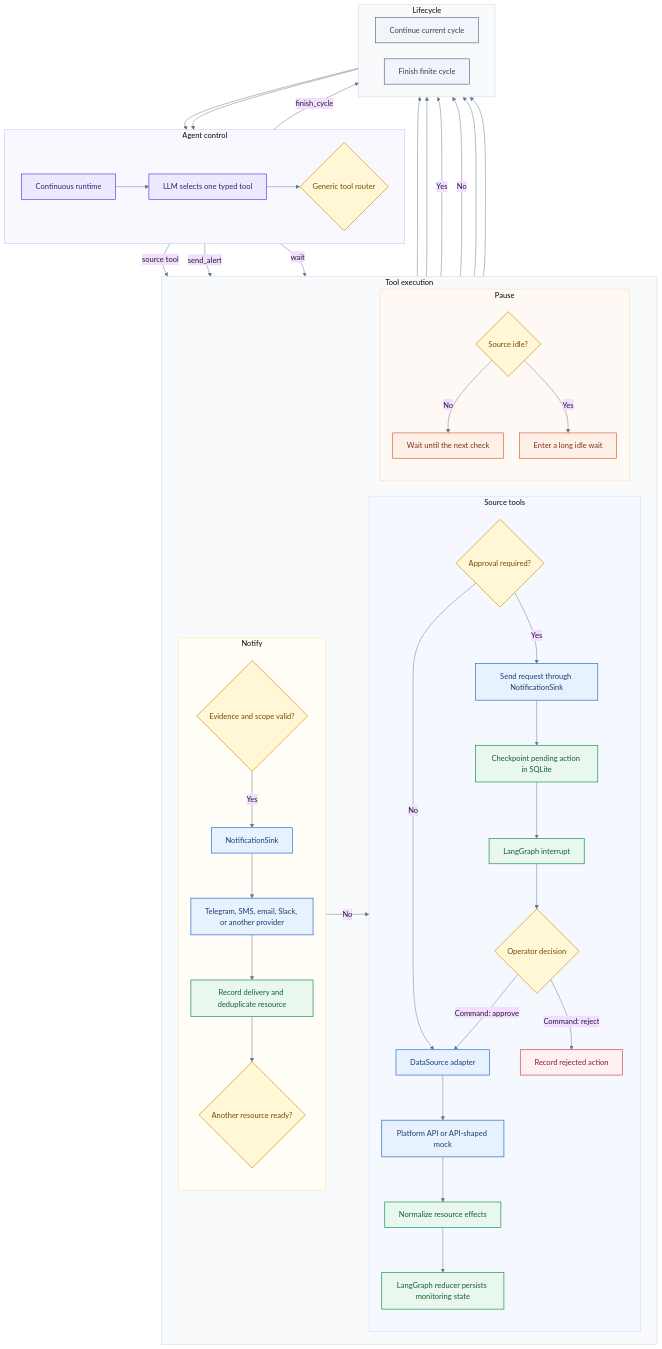
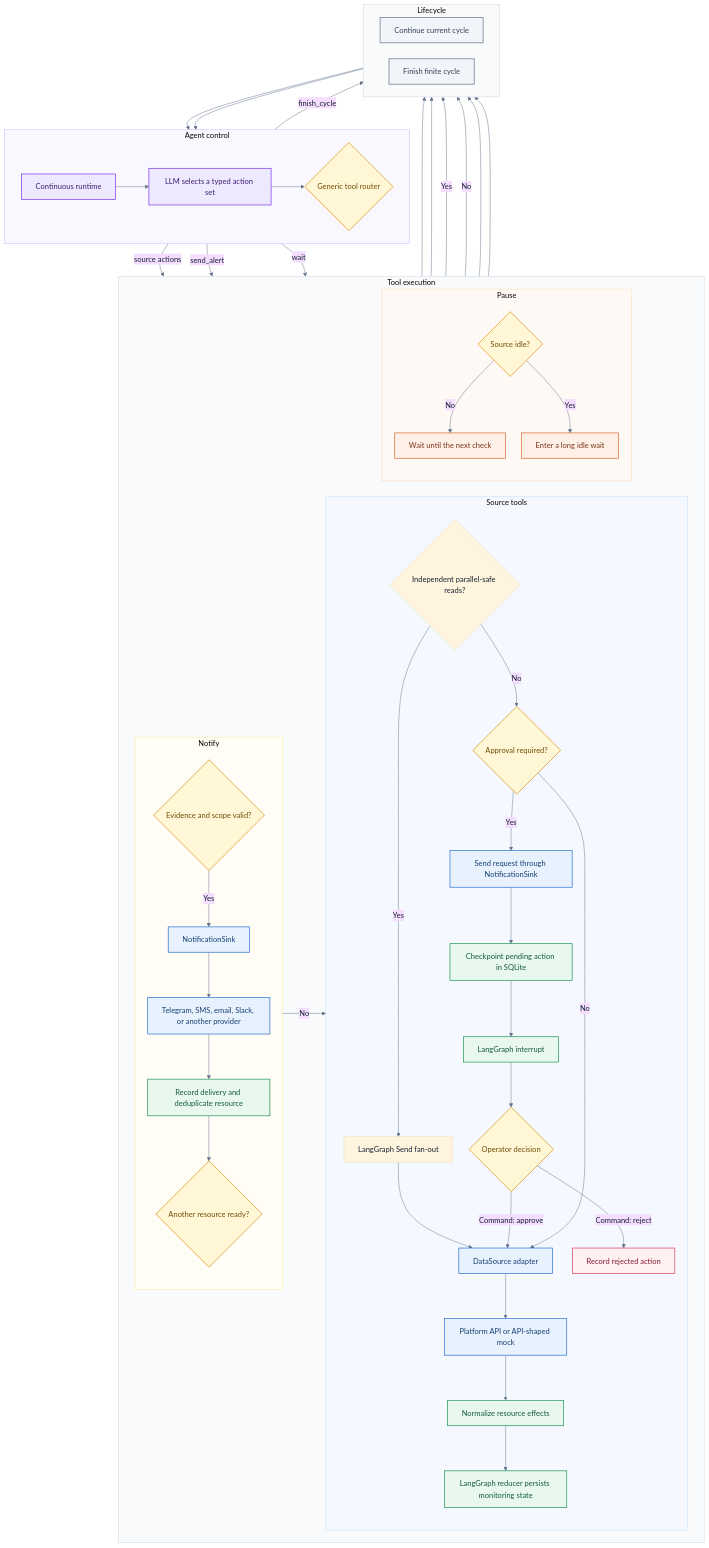
The diagram in README.md (Blacksuan19/eventpilot), drawn with Mermaid before and after one commit. The commit also changed other lines of this file and 1 other file, not shown here.

Commit message:
docs: describe parallel source execution
- show LangGraph fan-out for independent source reads
- document deterministic fan-in and serialized side-effect boundaries

```diff
--- a/README.md
+++ b/README.md
@@ -39,7 +40,7 @@
 flowchart TB
     subgraph control[Agent control]
         direction LR
-        runtime[Continuous runtime] --> agent[LLM selects one typed tool]
+        runtime[Continuous runtime] --> agent[LLM selects a typed action set]
         agent --> router{Generic tool router}
     end
 
@@ -48,6 +49,10 @@
 
         subgraph source_tools[Source tools]
             direction TB
+            parallel{Independent parallel-safe reads?}
+            parallel -->|Yes| fanout[LangGraph Send fan-out]
+            fanout --> source
+            parallel -->|No| approval
             approval{Approval required?}
             approval -->|Yes| approval_message[Send request through NotificationSink]
             approval_message --> checkpoint[Checkpoint pending action in SQLite]
@@ -85,7 +90,7 @@
         cycle_end[Finish finite cycle] --> runtime
     end
 
-    router -->|source tool| approval
+    router -->|source actions| parallel
     router -->|send_alert| validate
     router -->|wait| mode
     router -->|finish_cycle| cycle_end
```
